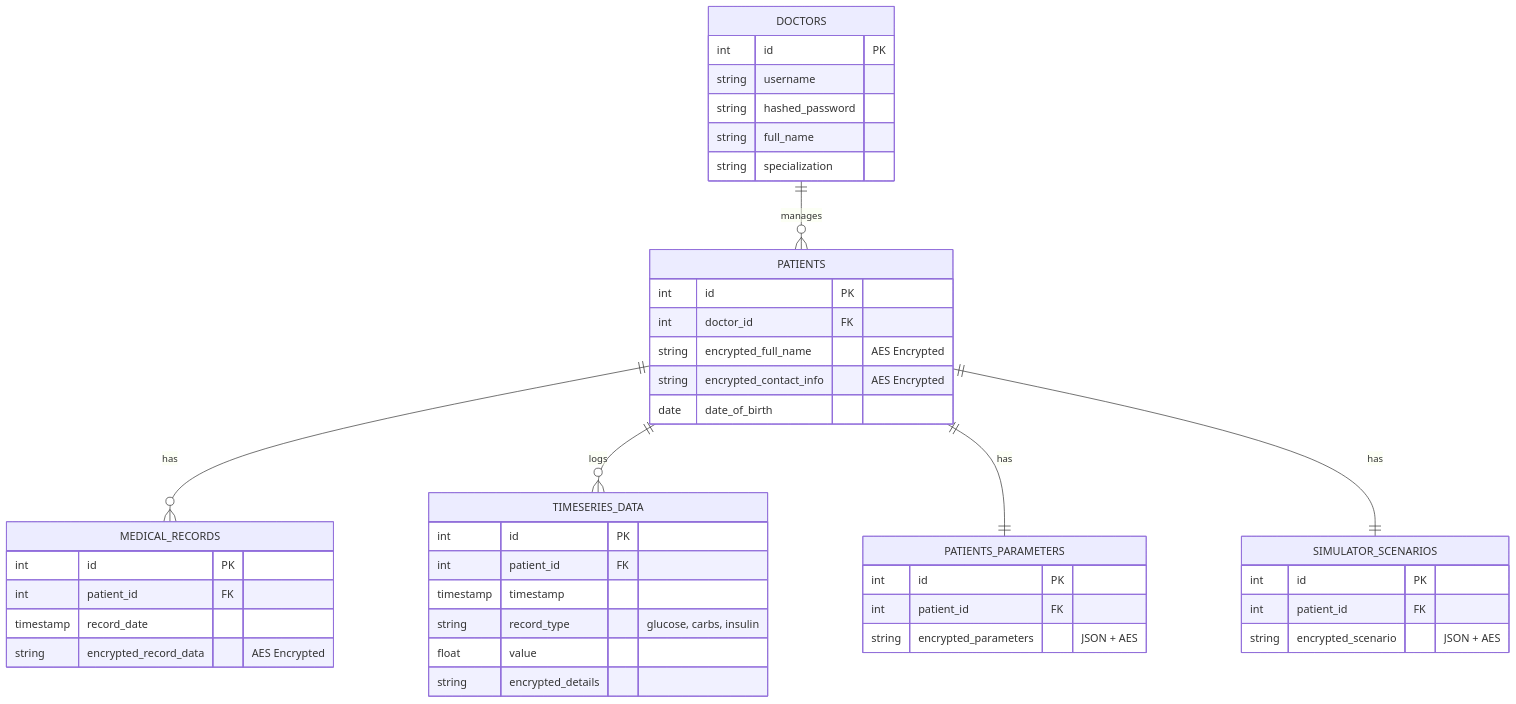
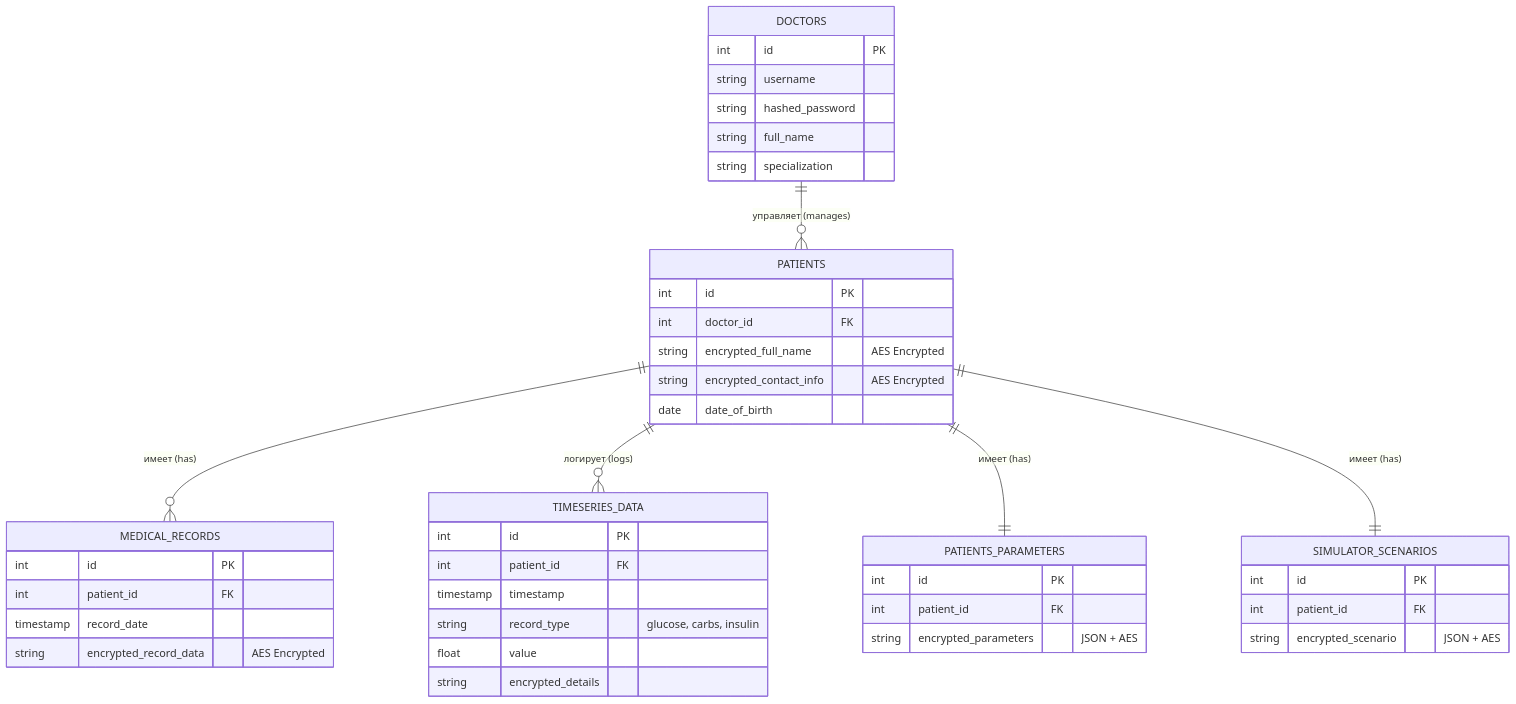
One commit to Dr-U-boop/Glukoze-Test changed the third of 5 diagrams in project_report.md. Above: the diagram before and after it, drawn with Mermaid. The commit also changed other lines of this file, not shown here.

````diff
--- a/project_report.md
+++ b/project_report.md
@@ -109,52 +109,52 @@
 ```mermaid
 erDiagram
-    DOCTORS ||--o{ PATIENTS : "manages"
-    PATIENTS ||--o{ MEDICAL_RECORDS : "has"
-    PATIENTS ||--o{ TIMESERIES_DATA : "logs"
-    PATIENTS ||--|| PATIENTS_PARAMETERS : "has"
-    PATIENTS ||--|| SIMULATOR_SCENARIOS : "has"
+    DOCTORS ||--o{ PATIENTS : "управляет (manages)"
+    PATIENTS ||--o{ MEDICAL_RECORDS : "имеет (has)"
+    PATIENTS ||--o{ TIMESERIES_DATA : "логирует (logs)"
+    PATIENTS ||--|| PATIENTS_PARAMETERS : "имеет (has)"
+    PATIENTS ||--|| SIMULATOR_SCENARIOS : "имеет (has)"
 
     DOCTORS {
         int id PK
         string username
         string hashed_password
         string full_name
         string specialization
     }
 
     PATIENTS {
         int id PK
         int doctor_id FK
         string encrypted_full_name "AES Encrypted"
         string encrypted_contact_info "AES Encrypted"
         date date_of_birth
     }
 
     MEDICAL_RECORDS {
         int id PK
         int patient_id FK
         timestamp record_date
         string encrypted_record_data "AES Encrypted"
     }
 
     TIMESERIES_DATA {
         int id PK
         int patient_id FK
         timestamp timestamp
         string record_type "glucose, carbs, insulin"
         float value
         string encrypted_details 
     }
 
     PATIENTS_PARAMETERS {
         int id PK
         int patient_id FK
         string encrypted_parameters "JSON + AES"
     }
 
     SIMULATOR_SCENARIOS {
         int id PK
         int patient_id FK
         string encrypted_scenario "JSON + AES"
     }
 ```
````
